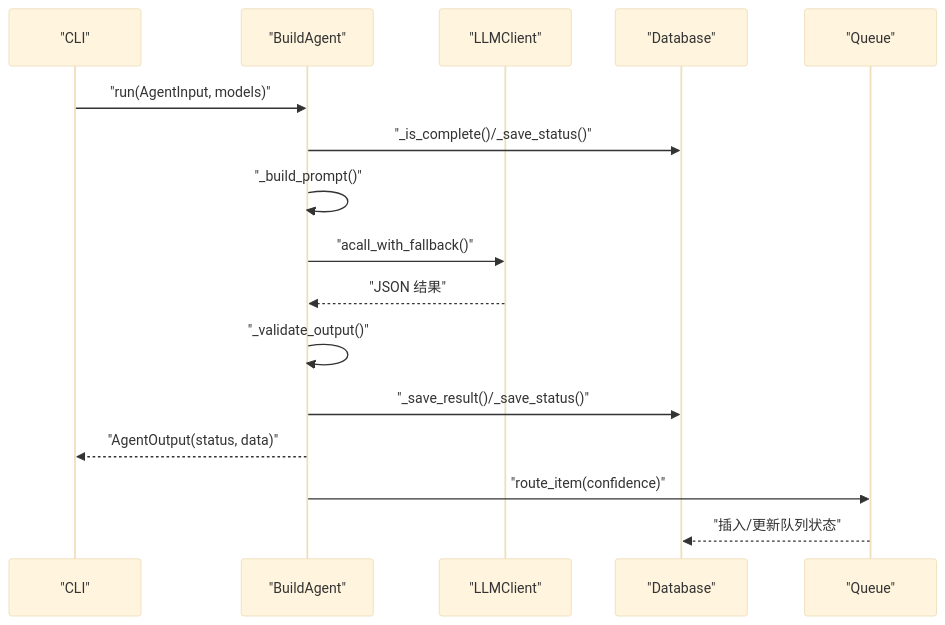
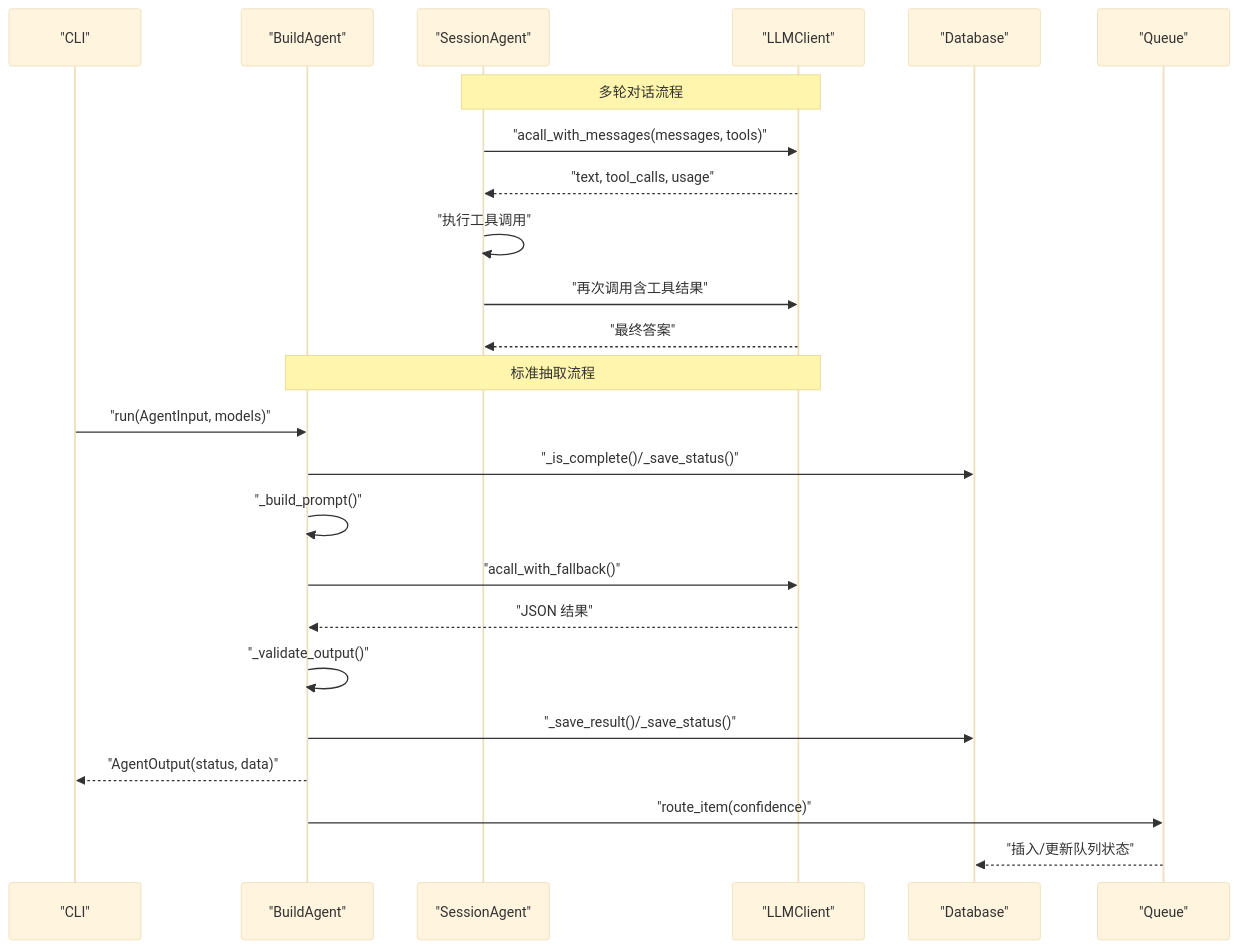
The second of 7 diagrams in .qoder/repowiki/zh/content/知识抽取系统/LLM 代理系统.md (UynajGI/drbrain), drawn with Mermaid (base theme) before and after one commit. The commit also changed other lines of this file and 6 other files, not shown here.

````diff
--- a/.qoder/repowiki/zh/content/知识抽取系统/LLM 代理系统.md
+++ b/.qoder/repowiki/zh/content/知识抽取系统/LLM 代理系统.md
@@ -113,18 +125,26 @@
 ```mermaid
 sequenceDiagram
 participant CLI as "CLI"
 participant Agent as "BuildAgent"
+participant Session as "SessionAgent"
 participant LLM as "LLMClient"
 participant DB as "Database"
 participant MQ as "Queue"
+Note over Session,LLM : 多轮对话流程
+Session->>LLM : "acall_with_messages(messages, tools)"
+LLM-->>Session : "text, tool_calls, usage"
+Session->>Session : "执行工具调用"
+Session->>LLM : "再次调用含工具结果"
+LLM-->>Session : "最终答案"
+Note over Agent,LLM : 标准抽取流程
 CLI->>Agent : "run(AgentInput, models)"
 Agent->>DB : "_is_complete()/_save_status()"
 Agent->>Agent : "_build_prompt()"
 Agent->>LLM : "acall_with_fallback()"
 LLM-->>Agent : "JSON 结果"
 Agent->>Agent : "_validate_output()"
 Agent->>DB : "_save_result()/_save_status()"
 Agent-->>CLI : "AgentOutput(status, data)"
 Agent->>MQ : "route_item(confidence)"
 MQ-->>DB : "插入/更新队列状态"
 ```
````
